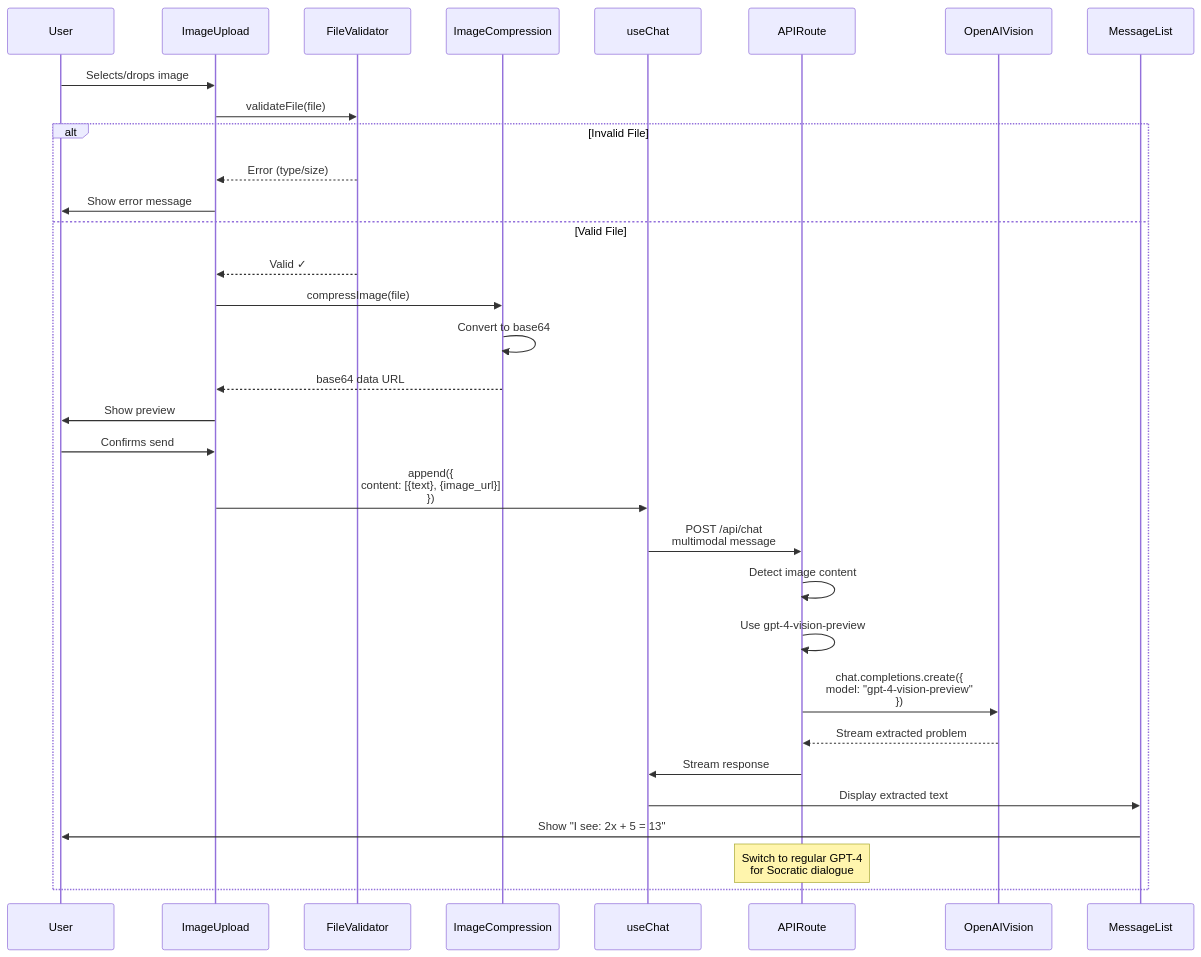
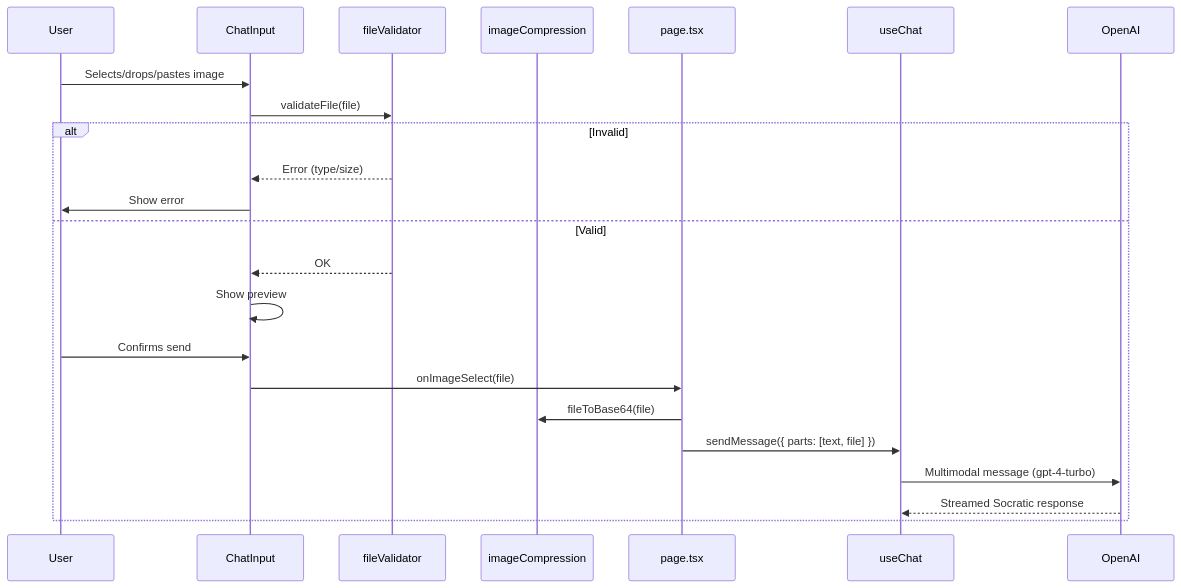
Before and after one commit to Rhoahndur/Gandalf: the fourth of 15 diagrams in architecture.md, drawn with Mermaid. The commit also changed other lines of this file and 15 other files, not shown here.

````diff
--- a/architecture.md
+++ b/architecture.md
@@ -242,42 +189,27 @@
 ```mermaid
 sequenceDiagram
     participant User
-    participant ImageUpload
-    participant FileValidator
-    participant ImageCompression
+    participant ChatInput
+    participant fileValidator
+    participant imageCompression
+    participant page.tsx
     participant useChat
-    participant APIRoute
-    participant OpenAIVision
-    participant MessageList
-    
-    User->>ImageUpload: Selects/drops image
-    ImageUpload->>FileValidator: validateFile(file)
-    
-    alt Invalid File
-        FileValidator-->>ImageUpload: Error (type/size)
-        ImageUpload->>User: Show error message
-    else Valid File
-        FileValidator-->>ImageUpload: Valid ✓
-        ImageUpload->>ImageCompression: compressImage(file)
-        ImageCompression->>ImageCompression: Convert to base64
-        ImageCompression-->>ImageUpload: base64 data URL
-        
-        ImageUpload->>User: Show preview
-        User->>ImageUpload: Confirms send
-        
-        ImageUpload->>useChat: append({<br/>content: [{text}, {image_url}]<br/>})
-        
-        useChat->>APIRoute: POST /api/chat<br/>multimodal message
-        APIRoute->>APIRoute: Detect image content
-        APIRoute->>APIRoute: Use gpt-4-vision-preview
-        
-        APIRoute->>OpenAIVision: chat.completions.create({<br/>model: "gpt-4-vision-preview"<br/>})
-        
-        OpenAIVision-->>APIRoute: Stream extracted problem
-        APIRoute->>useChat: Stream response
-        useChat->>MessageList: Display extracted text
-        MessageList->>User: Show "I see: 2x + 5 = 13"
-        
-        Note over APIRoute: Switch to regular GPT-4<br/>for Socratic dialogue
+    participant OpenAI
+
+    User->>ChatInput: Selects/drops/pastes image
+    ChatInput->>fileValidator: validateFile(file)
+
+    alt Invalid
+        fileValidator-->>ChatInput: Error (type/size)
+        ChatInput->>User: Show error
+    else Valid
+        fileValidator-->>ChatInput: OK
+        ChatInput->>ChatInput: Show preview
+        User->>ChatInput: Confirms send
+        ChatInput->>page.tsx: onImageSelect(file)
+        page.tsx->>imageCompression: fileToBase64(file)
+        page.tsx->>useChat: sendMessage({ parts: [text, file] })
+        useChat->>OpenAI: Multimodal message (gpt-4-turbo)
+        OpenAI-->>useChat: Streamed Socratic response
     end
 ```
````
